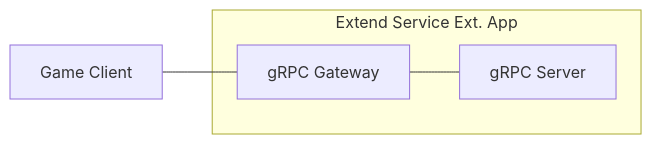
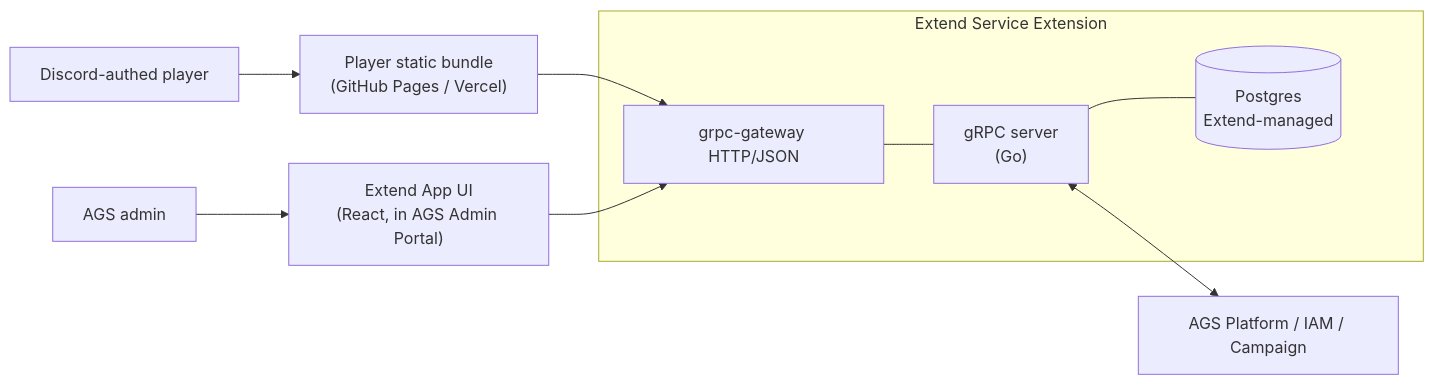
The diagram in README.md (anggorodewanto/playtesthub), drawn with Mermaid before and after one commit. The commit also changed other lines of this file and 3 other files, not shown here.

````diff
--- a/README.md
+++ b/README.md
@@ -3,10 +5,17 @@
 ```mermaid
 flowchart LR
-   CL[Game Client]
-   subgraph "Extend Service Ext. App"
-   GW["gRPC Gateway"]
-   SV["gRPC Server"]
-   end
-   CL --- GW
-   GW --- SV
+  Player[Discord-authed player]
+  Admin[AGS admin]
+  subgraph "Extend Service Extension"
+    GW["grpc-gateway HTTP/JSON"]
+    SV["gRPC server\n(Go)"]
+    PG[("Postgres\nExtend-managed")]
+    GW --- SV --- PG
+  end
+  AppUI["Extend App UI\n(React, in AGS Admin Portal)"]
+  Svelte["Player static bundle\n(GitHub Pages / Vercel)"]
+  AGS["AGS Platform / IAM / Campaign"]
+  Player --> Svelte --> GW
+  Admin --> AppUI --> GW
+  SV <--> AGS
 ```
````
